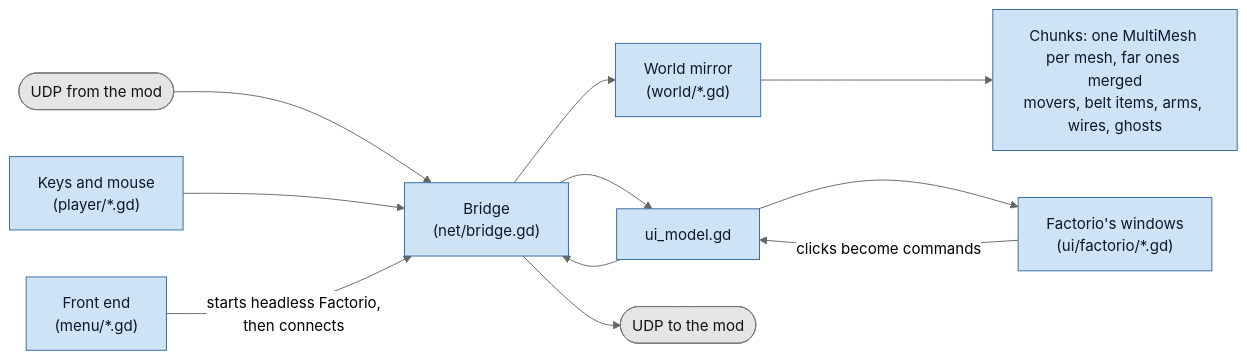
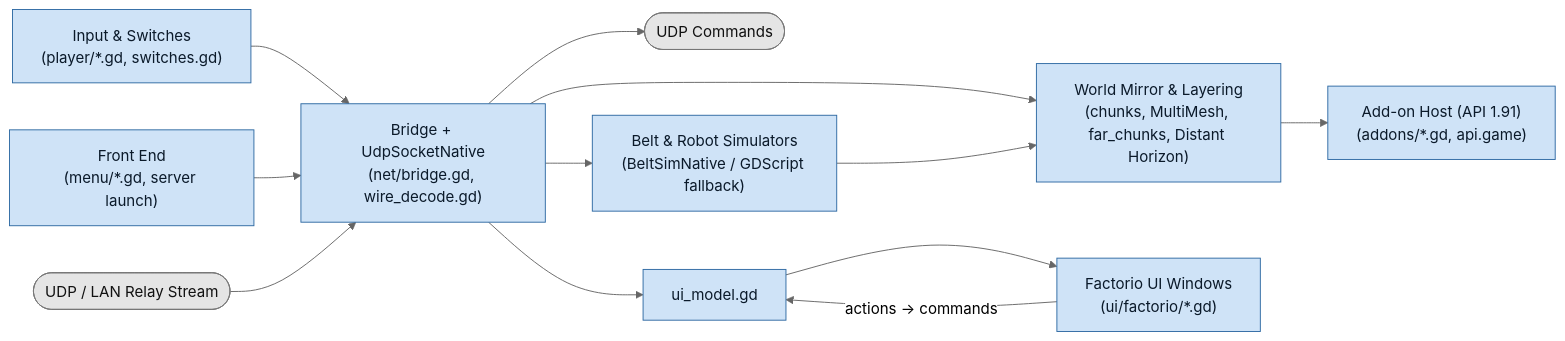
The third of 4 diagrams in ARCHITECTURE.md (Zenith-3D-Team/Zenith), drawn with Mermaid (neutral theme) before and after one commit. The commit also changed other lines of this file and 1999 other files, not shown here.

````diff
--- a/ARCHITECTURE.md
+++ b/ARCHITECTURE.md
@@ -168,18 +79,21 @@
 ```mermaid
 flowchart LR
-    UDP(["UDP from the mod"]) --> B["Bridge<br/>(net/bridge.gd)"]
-    B --> W["World mirror<br/>(world/*.gd)"]
-    B --> M["ui_model.gd"]
-    W --> R["Chunks: one MultiMesh per mesh, far ones merged<br/>movers, belt items, arms, wires, ghosts"]
-    M --> UI["Factorio's windows<br/>(ui/factorio/*.gd)"]
-    UI -- "clicks become commands" --> M
-    IN["Keys and mouse<br/>(player/*.gd)"] --> B
-    M --> B
-    B --> OUT(["UDP to the mod"])
-    FE["Front end<br/>(menu/*.gd)"] -- "starts headless Factorio,<br/>then connects" --> B
+    INP["Input & Switches<br/>(player/*.gd, switches.gd)"] --> BR["Bridge + UdpSocketNative<br/>(net/bridge.gd, wire_decode.gd)"]
+    FE["Front End<br/>(menu/*.gd, server launch)"] --> BR
+    UDP(["UDP / LAN Relay Stream"]) --> BR
+    BR --> OUT(["UDP Commands"])
+
+    BR --> WM["World Mirror & Layering<br/>(chunks, MultiMesh, far_chunks, Distant Horizon)"]
+    BR --> SIM["Belt & Robot Simulators<br/>(BeltSimNative / GDScript fallback)"]
+    BR --> UM["ui_model.gd"]
+
+    UM --> UI["Factorio UI Windows<br/>(ui/factorio/*.gd)"]
+    UI -- "actions -> commands" --> UM
+    WM --> ADD["Add-on Host (API 1.91)<br/>(addons/*.gd, api.game)"]
+    SIM --> WM
 
     classDef io fill:#e5e5e5,stroke:#777,color:#111
     classDef core fill:#cfe3f7,stroke:#2f6aa3,color:#0b1a2a
     class UDP,OUT io
-    class B,W,M,R,UI,IN,FE core
+    class INP,FE,BR,WM,SIM,UM,UI,ADD core
 ```
````
